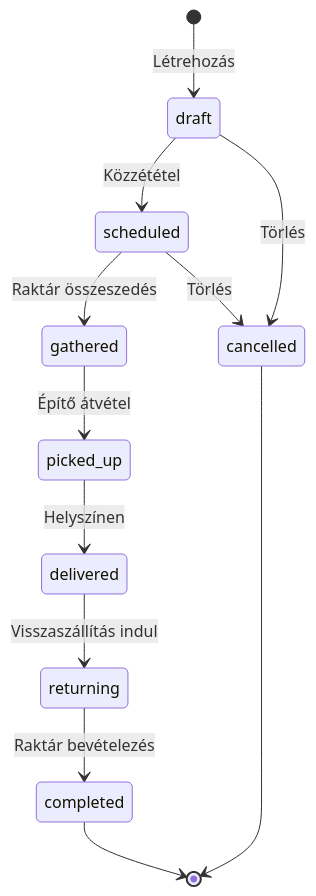
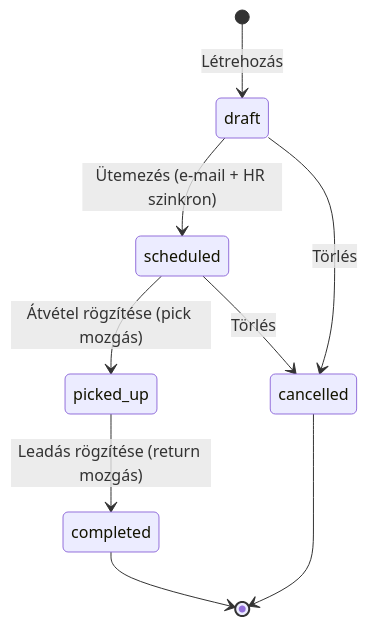
The sixth of 12 diagrams in docs/inventory_and_logistics_flows.md (Tomkoooo/tCrm), drawn with Mermaid before and after one commit. The commit also changed other lines of this file and 66 other files, not shown here.

````diff
--- a/docs/inventory_and_logistics_flows.md
+++ b/docs/inventory_and_logistics_flows.md
@@ -259,14 +265,11 @@
 ```mermaid
 stateDiagram-v2
   [*] --> draft: Létrehozás
-  draft --> scheduled: Közzététel
-  scheduled --> gathered: Raktár összeszedés
-  gathered --> picked_up: Építő átvétel
-  picked_up --> delivered: Helyszínen
-  delivered --> returning: Visszaszállítás indul
-  returning --> completed: Raktár bevételezés
+  draft --> scheduled: Ütemezés (e-mail + HR szinkron)
+  scheduled --> picked_up: Átvétel rögzítése (pick mozgás)
+  picked_up --> completed: Leadás rögzítése (return mozgás)
   draft --> cancelled: Törlés
   scheduled --> cancelled: Törlés
   completed --> [*]
   cancelled --> [*]
 ```
````
